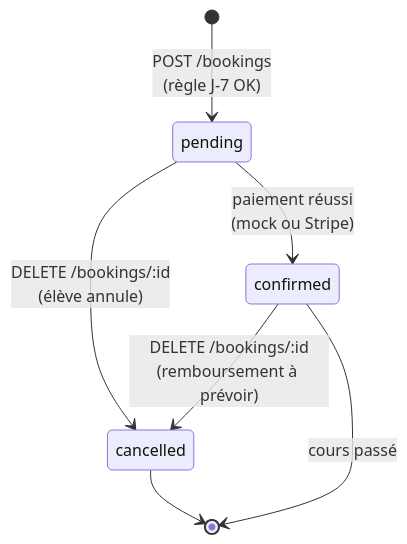
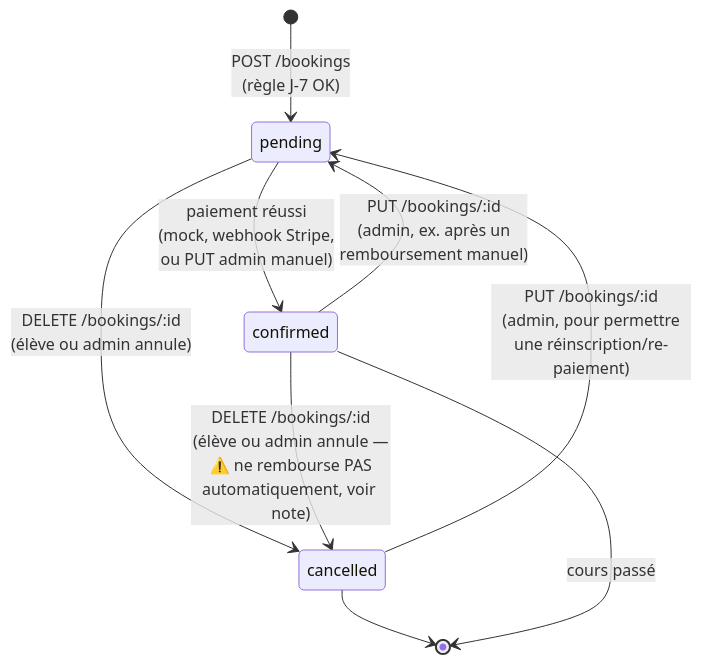
Diagram 11 of 12 in SCHEMAS.md (daddacameliayasmine-oss/JasmineTeacher-backend), drawn with Mermaid before and after one commit. The commit also changed other lines of this file, not shown here.

First line of the commit message:
docs(schemas): corrige les diagrammes de sequence reservation et paiement

````diff
--- a/SCHEMAS.md
+++ b/SCHEMAS.md
@@ -461,9 +503,11 @@
 ```mermaid
 stateDiagram-v2
     [*] --> pending: POST /bookings<br/>(règle J-7 OK)
-    pending --> confirmed: paiement réussi<br/>(mock ou Stripe)
-    pending --> cancelled: DELETE /bookings/:id<br/>(élève annule)
-    confirmed --> cancelled: DELETE /bookings/:id<br/>(remboursement à prévoir)
+    pending --> confirmed: paiement réussi<br/>(mock, webhook Stripe,<br/>ou PUT admin manuel)
+    pending --> cancelled: DELETE /bookings/:id<br/>(élève ou admin annule)
+    confirmed --> cancelled: DELETE /bookings/:id<br/>(élève ou admin annule —<br/>⚠️ ne rembourse PAS<br/>automatiquement, voir note)
+    confirmed --> pending: PUT /bookings/:id<br/>(admin, ex. après un<br/>remboursement manuel)
+    cancelled --> pending: PUT /bookings/:id<br/>(admin, pour permettre<br/>une réinscription/re-paiement)
     cancelled --> [*]
     confirmed --> [*]: cours passé
 ```
````
